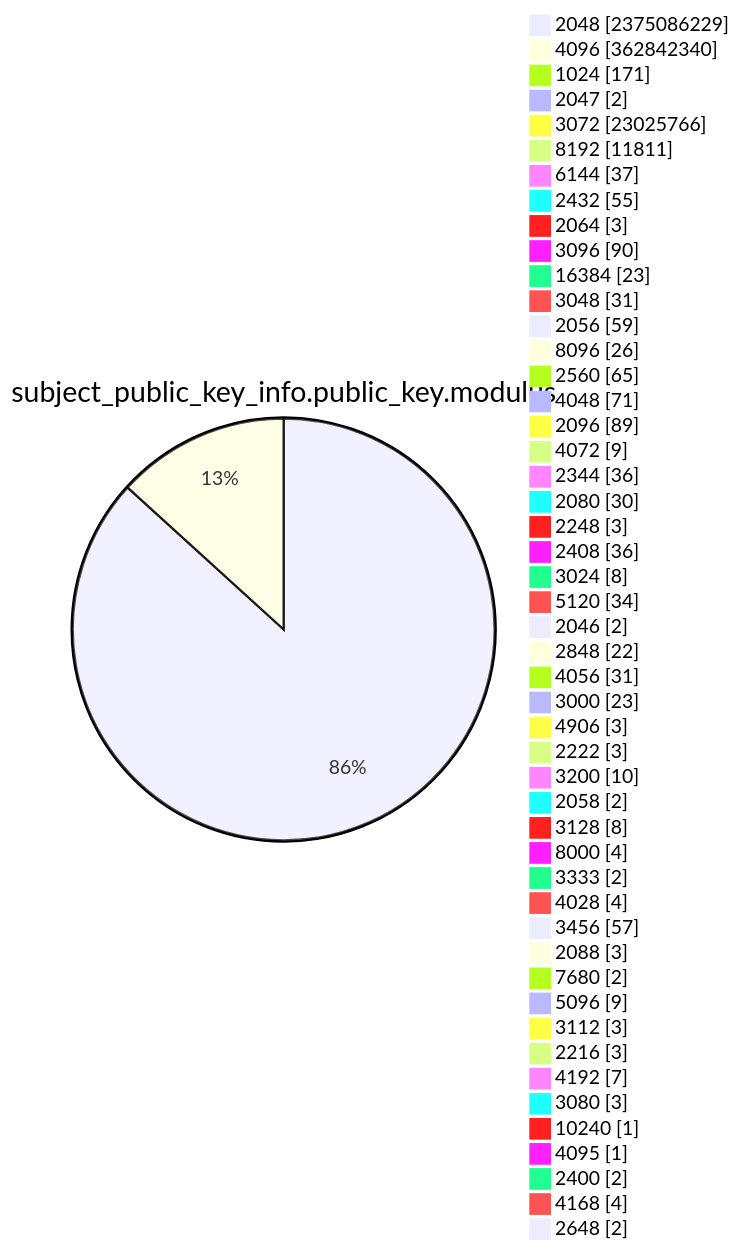
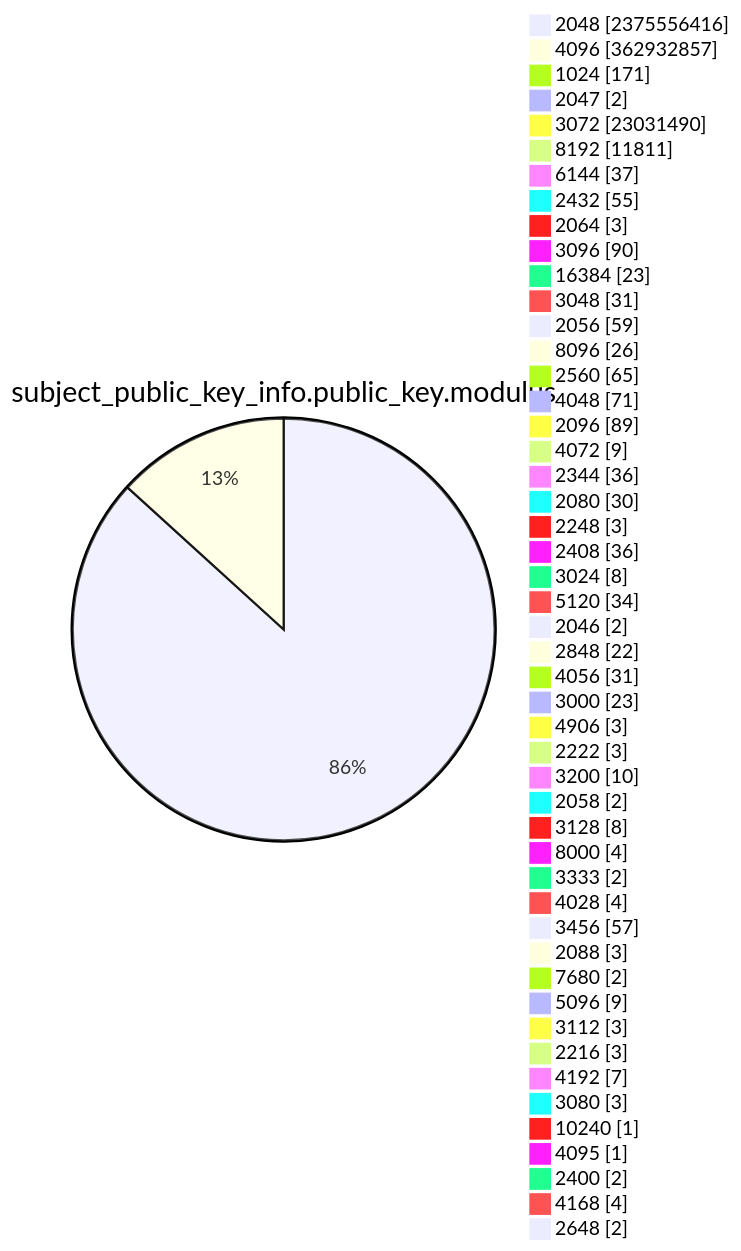
Diagram 13 of 15 in TOTAL/README.md (christiankrug/ctmonitor_visualization), drawn with Mermaid before and after one commit. The commit also changed other lines of this file, not shown here.

````diff
--- a/TOTAL/README.md
+++ b/TOTAL/README.md
@@ -4167,53 +4167,53 @@
 ```mermaid
 pie showData
 title subject_public_key_info.public_key.modulus
-"2048" :2375086229
-"4096" :362842340
+"2048" :2375556416
+"4096" :362932857
 "1024" :171
 "2047" :2
-"3072" :23025766
+"3072" :23031490
 "8192" :11811
 "6144" :37
 "2432" :55
 "2064" :3
 "3096" :90
 "16384" :23
 "3048" :31
 "2056" :59
 "8096" :26
 "2560" :65
 "4048" :71
 "2096" :89
 "4072" :9
 "2344" :36
 "2080" :30
 "2248" :3
 "2408" :36
 "3024" :8
 "5120" :34
 "2046" :2
 "2848" :22
 "4056" :31
 "3000" :23
 "4906" :3
 "2222" :3
 "3200" :10
 "2058" :2
 "3128" :8
 "8000" :4
 "3333" :2
 "4028" :4
 "3456" :57
 "2088" :3
 "7680" :2
 "5096" :9
 "3112" :3
 "2216" :3
 "4192" :7
 "3080" :3
 "10240" :1
 "4095" :1
 "2400" :2
 "4168" :4
 "2648" :2
 ```
````
